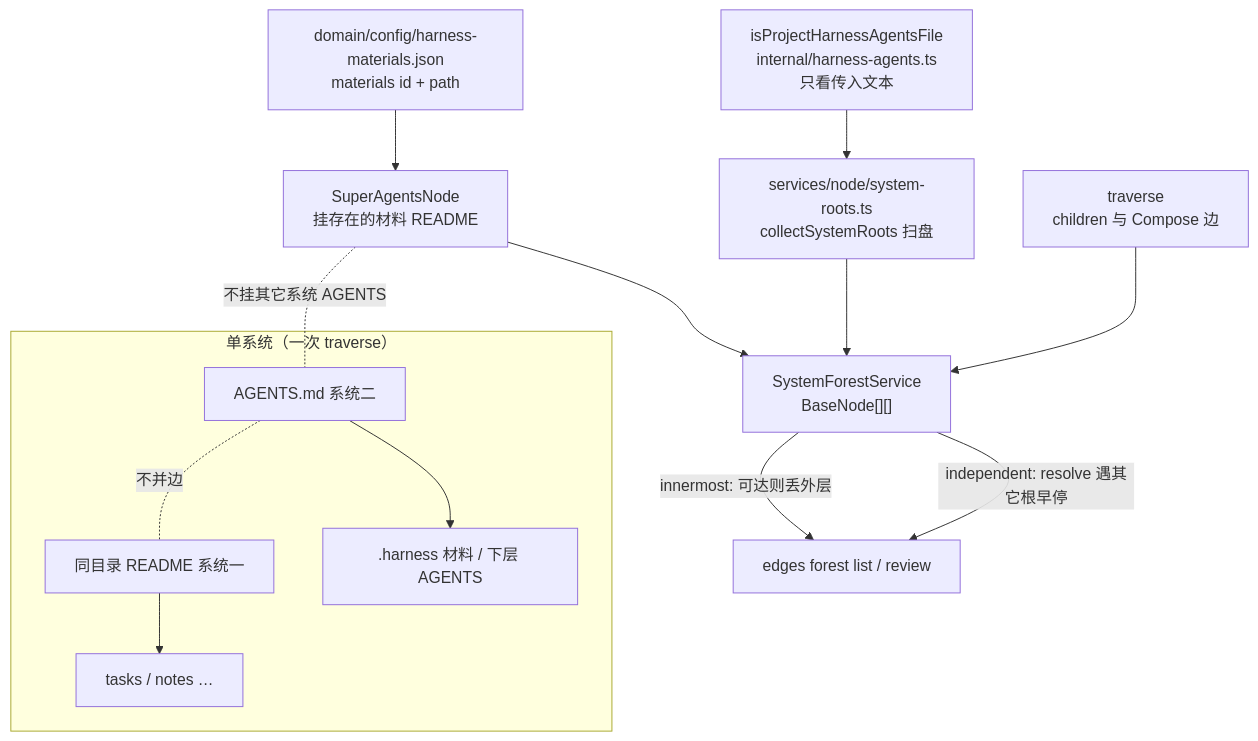
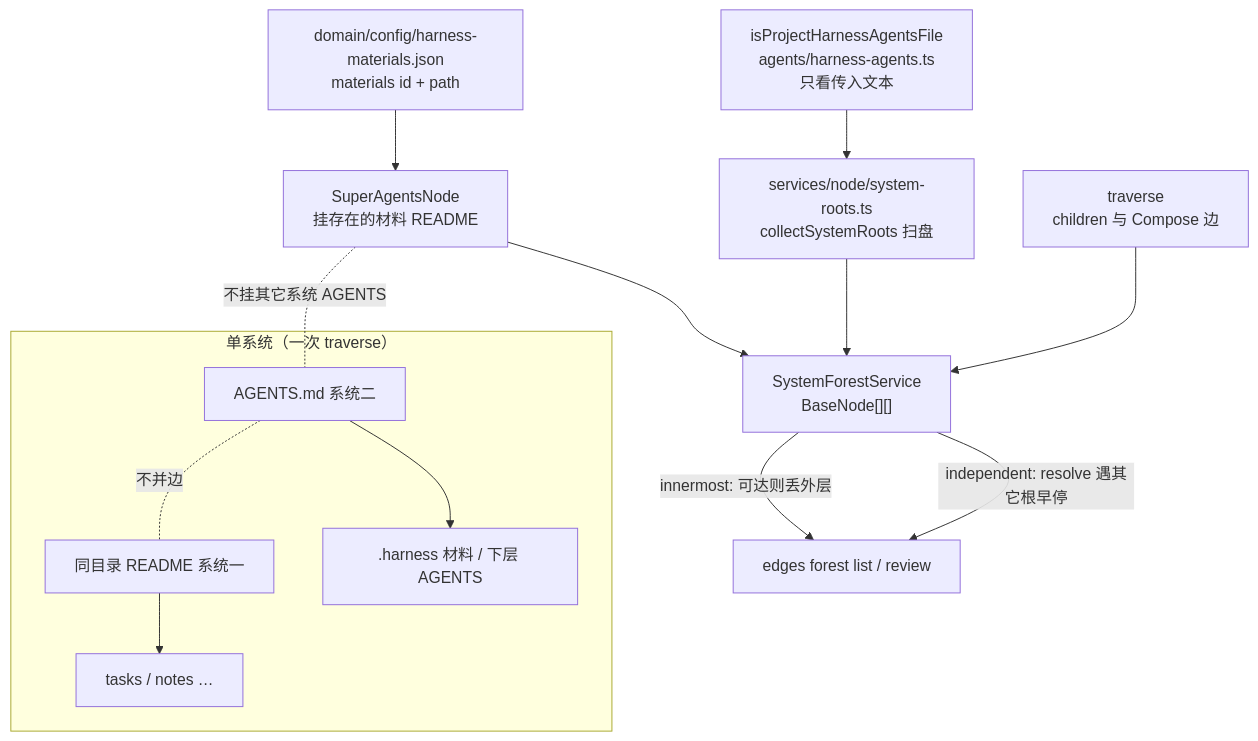
The first of 6 diagrams in extensions/cli/src/domain/models/README.md (VirusPC/edges-brain-viruspc), drawn with Mermaid before and after one commit. The commit also changed other lines of this file and 61 other files, not shown here.

````diff
--- a/extensions/cli/src/domain/models/README.md
+++ b/extensions/cli/src/domain/models/README.md
@@ -20,18 +20,18 @@
 ```mermaid
 flowchart TB
   CFG["domain/config/harness-materials.json<br/>materials id + path"]
   CFG --> SUPER["SuperAgentsNode<br/>挂存在的材料 README"]
-  MARK["isProjectHarnessAgentsFile<br/>internal/harness-agents.ts<br/>只看传入文本"] --> SCAN["services/node/system-roots.ts<br/>collectSystemRoots 扫盘"]
+  MARK["isProjectHarnessAgentsFile<br/>agents/harness-agents.ts<br/>只看传入文本"] --> SCAN["services/node/system-roots.ts<br/>collectSystemRoots 扫盘"]
   SCAN --> SFS
   SUPER --> SFS["SystemForestService<br/>BaseNode[][]"]
   TRAV["traverse<br/>children 与 Compose 边"] --> SFS
   SFS -->|"independent: resolve 遇其它根早停"| OUT["edges forest list / review"]
   SFS -->|"innermost: 可达则丢外层"| OUT
 
   subgraph single["单系统（一次 traverse）"]
     A["AGENTS.md 系统二"] --> H[".harness 材料 / 下层 AGENTS"]
     R["同目录 README 系统一"] --> T["tasks / notes …"]
   end
   A -. "不并边" .- R
   SUPER -. "不挂其它系统 AGENTS" .- A
 ```
````
